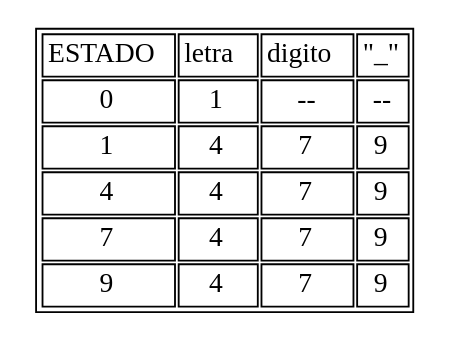
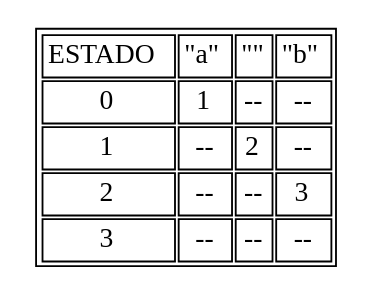
Before and after one commit to elimazariegosr/OLC1_Proyecto1_201709426: the diagram in OLC_Proyecto1_201709426/bin/Debug/tb_er1.dot, drawn with Graphviz. The commit also changed 15 other files, not shown here.

```diff
--- a/OLC_Proyecto1_201709426/bin/Debug/tb_er1.dot
+++ b/OLC_Proyecto1_201709426/bin/Debug/tb_er1.dot
@@ -1,32 +1,29 @@
 digraph Grafica{
 graph [ratio=fill];
 node [label="\N", fontsize=15, shape=plaintext];
 graph [bb="0,0,352,154"];arset [label=<
         <TABLE ALIGN="LEFT">
 <TR><TD>ESTADO</TD>
-<TD>letra</TD>
-<TD>digito</TD>
-<TD>"_"</TD>
+<TD>"a"</TD>
+<TD>"
+"</TD>
+<TD>"b"</TD>
 </TR><TR><TD>0</TD>
 <TD>1</TD>
 <TD>--</TD>
 <TD>--</TD>
 </TR><TR><TD>1</TD>
-<TD>4</TD>
-<TD>7</TD>
-<TD>9</TD>
-</TR><TR><TD>4</TD>
-<TD>4</TD>
-<TD>7</TD>
-<TD>9</TD>
-</TR><TR><TD>7</TD>
-<TD>4</TD>
-<TD>7</TD>
-<TD>9</TD>
-</TR><TR><TD>9</TD>
-<TD>4</TD>
-<TD>7</TD>
-<TD>9</TD>
+<TD>--</TD>
+<TD>2</TD>
+<TD>--</TD>
+</TR><TR><TD>2</TD>
+<TD>--</TD>
+<TD>--</TD>
+<TD>3</TD>
+</TR><TR><TD>3</TD>
+<TD>--</TD>
+<TD>--</TD>
+<TD>--</TD>
 </TR></TABLE>
 >,];
 }
```
